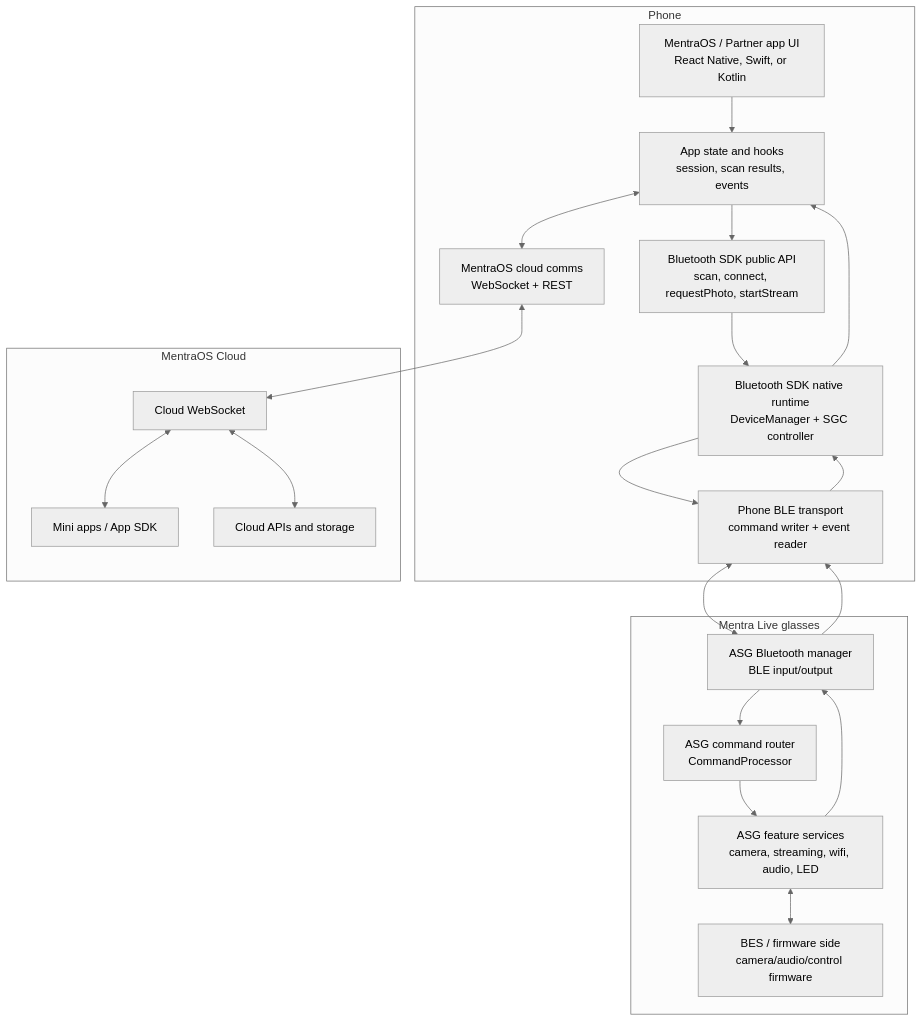
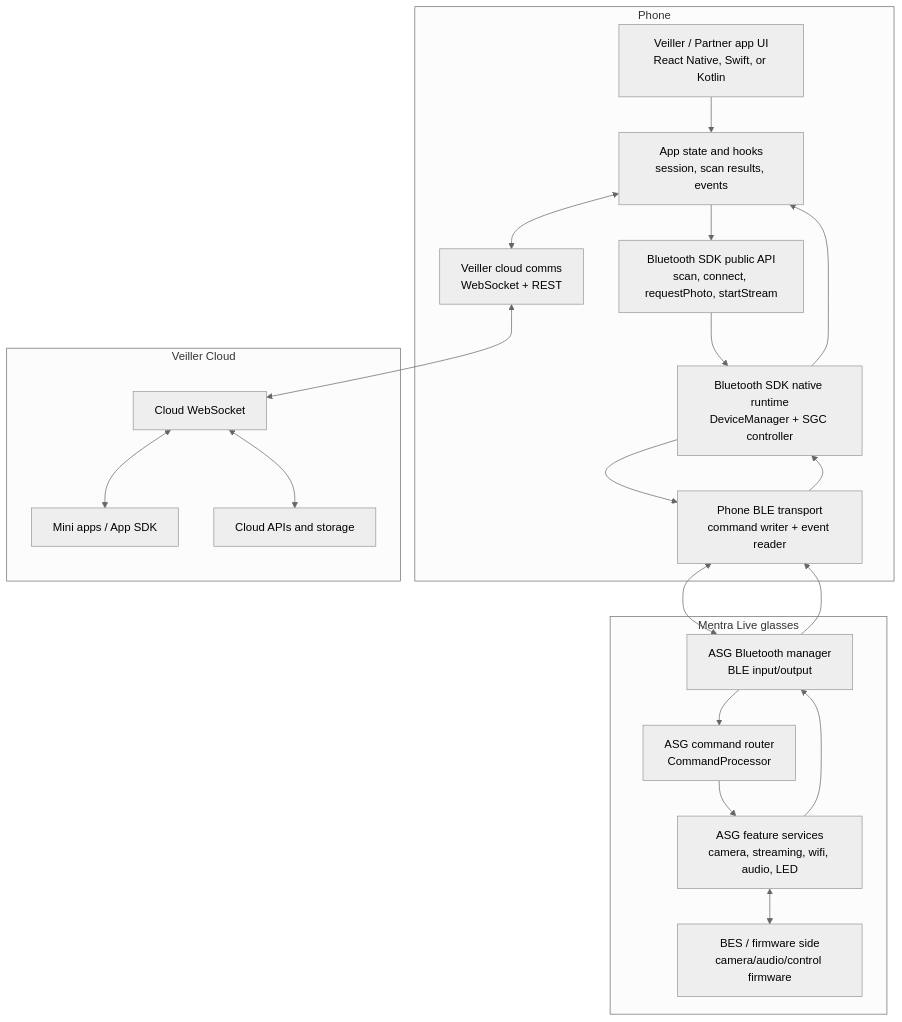
The first of 3 diagrams in notes/bluetooth-sdk-subsystem-tracing.md (xerktech/Veiller), drawn with Mermaid (neutral theme) before and after one commit. The commit also changed other lines of this file and 2317 other files, not shown here.

````diff
--- a/notes/bluetooth-sdk-subsystem-tracing.md
+++ b/notes/bluetooth-sdk-subsystem-tracing.md
@@ -83,41 +83,41 @@
 ```mermaid
 flowchart TB
     subgraph Phone["Phone"]
-        App["MentraOS / Partner app UI\nReact Native, Swift, or Kotlin"]
+        App["Veiller / Partner app UI\nReact Native, Swift, or Kotlin"]
         AppState["App state and hooks\nsession, scan results, events"]
-        CloudComms["MentraOS cloud comms\nWebSocket + REST"]
+        CloudComms["Veiller cloud comms\nWebSocket + REST"]
         SdkPublic["Bluetooth SDK public API\nscan, connect, requestPhoto, startStream"]
         SdkNative["Bluetooth SDK native runtime\nDeviceManager + SGC controller"]
         PhoneBle["Phone BLE transport\ncommand writer + event reader"]
     end
 
-    subgraph Cloud["MentraOS Cloud"]
+    subgraph Cloud["Veiller Cloud"]
         CloudWs["Cloud WebSocket"]
         MiniApps["Mini apps / App SDK"]
         Storage["Cloud APIs and storage"]
     end
 
     subgraph Glasses["Mentra Live glasses"]
         AsgBle["ASG Bluetooth manager\nBLE input/output"]
         Router["ASG command router\nCommandProcessor"]
         Features["ASG feature services\ncamera, streaming, wifi, audio, LED"]
         Bes["BES / firmware side\ncamera/audio/control firmware"]
     end
 
     App --> AppState
     AppState --> SdkPublic
     SdkPublic --> SdkNative
     SdkNative --> PhoneBle
     AppState <--> CloudComms
     CloudComms <--> CloudWs
     CloudWs <--> MiniApps
     CloudWs <--> Storage
     PhoneBle <--> AsgBle
     AsgBle --> Router
     Router --> Features
     Features <--> Bes
     Features --> AsgBle
     AsgBle --> PhoneBle
     PhoneBle --> SdkNative
     SdkNative --> AppState
 ```
````
